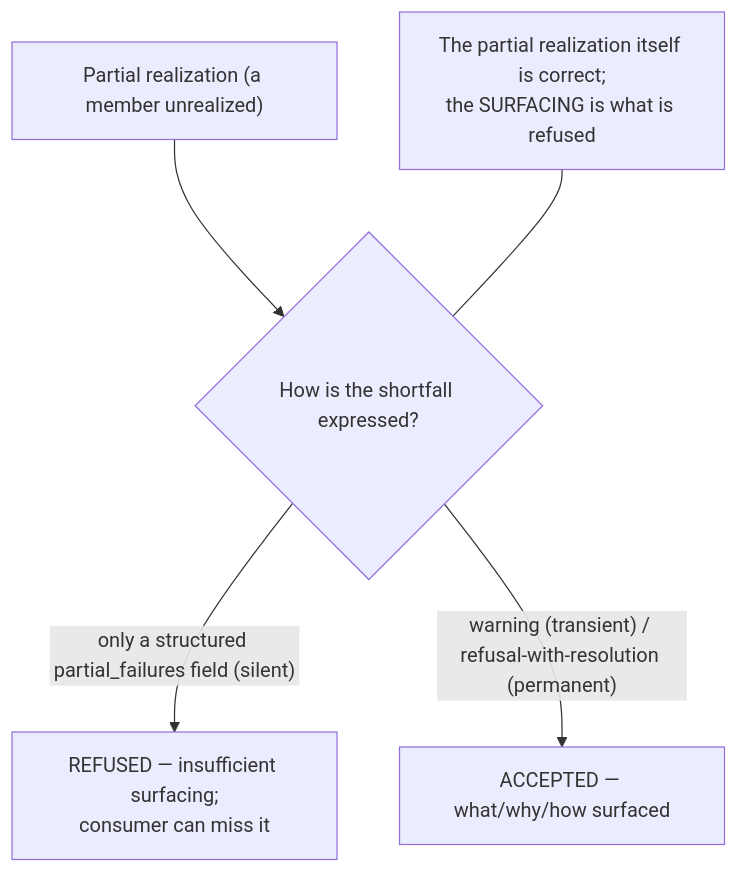
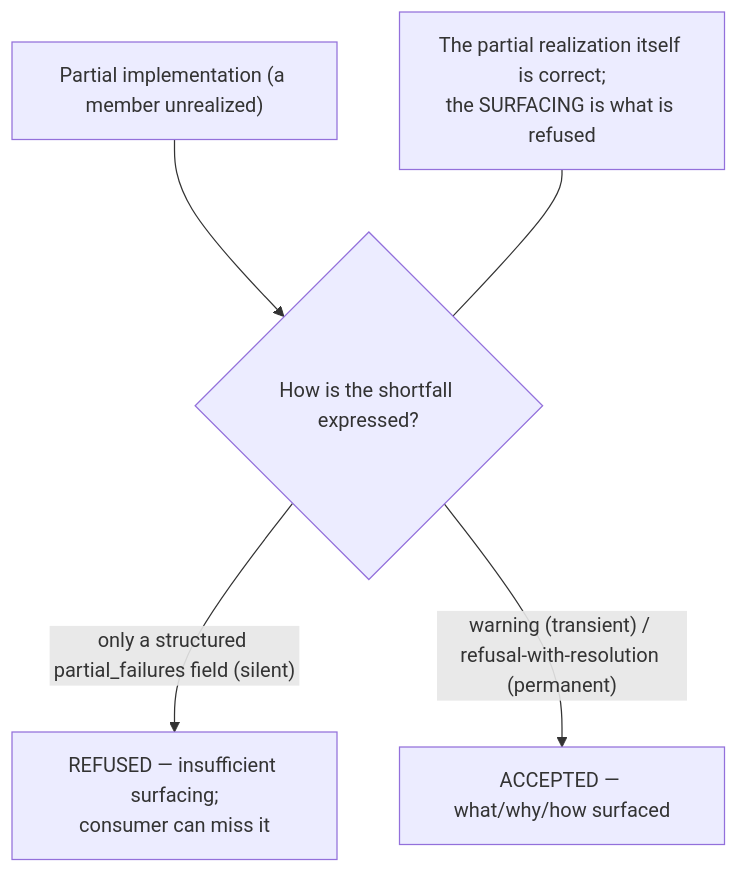
One commit to croadfeldt/udlm changed the diagram in docs/flows/intent-fulfillment-surfacing-mandatory.md. Above: the diagram before and after it, drawn with Mermaid. The commit also changed other lines of this file and 163 other files, not shown here.

First line of the commit message:
refactor(naming): rename 'realization' (system sense) → 'implementation' (ADR-056)

````diff
--- a/docs/flows/intent-fulfillment-surfacing-mandatory.md
+++ b/docs/flows/intent-fulfillment-surfacing-mandatory.md
@@ -24,7 +24,7 @@
 ```mermaid
 flowchart TD
-    PR["Partial realization (a member unrealized)"] --> H{"How is the shortfall expressed?"}
+    PR["Partial implementation (a member unrealized)"] --> H{"How is the shortfall expressed?"}
     H -->|"only a structured partial_failures field (silent)"| X["REFUSED — insufficient surfacing;\nconsumer can miss it"]
     H -->|"warning (transient) / refusal-with-resolution (permanent)"| OK["ACCEPTED — what/why/how surfaced"]
     Note["The partial realization itself is correct;\nthe SURFACING is what is refused"] --- H
 ```
````
